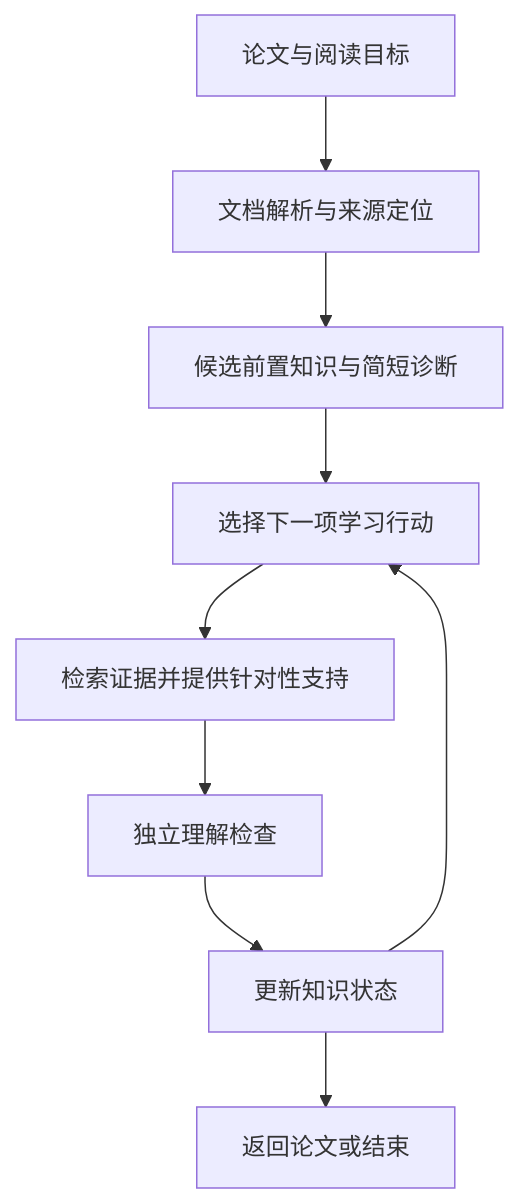
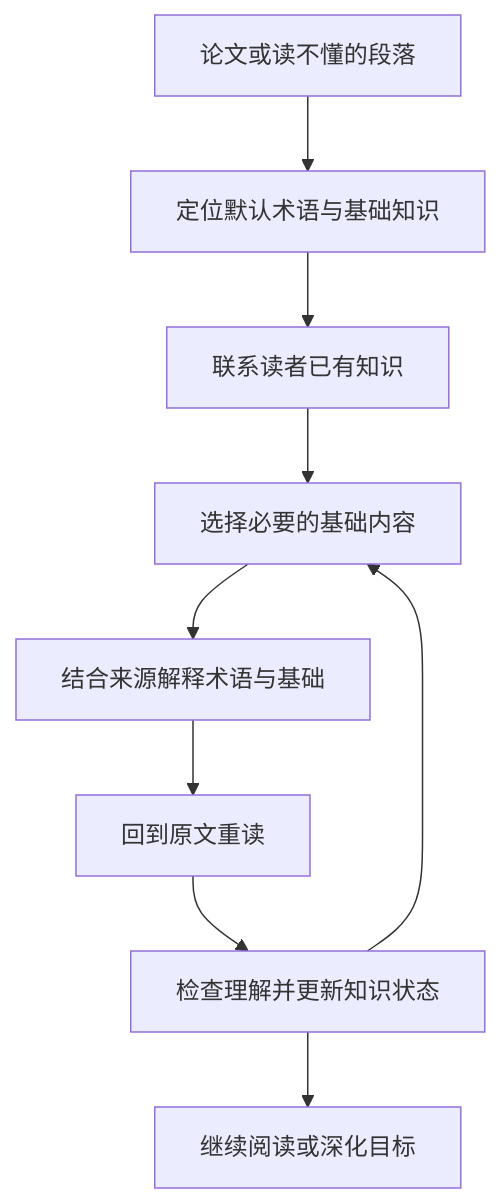
One commit to relativity143/an-agent-for-paper-reading changed the diagram in README.zh-CN.md. Above: the diagram before and after it, drawn with Mermaid. The commit also changed other lines of this file and 1 other file, not shown here.

````diff
--- a/README.zh-CN.md
+++ b/README.zh-CN.md
@@ -39,11 +52,11 @@
 ```mermaid
 flowchart TD
-    A[论文与阅读目标] --> B[文档解析与来源定位]
-    B --> C[候选前置知识与简短诊断]
-    C --> D[选择下一项学习行动]
-    D --> E[检索证据并提供针对性支持]
-    E --> F[独立理解检查]
-    F --> G[更新知识状态]
+    A[论文或读不懂的段落] --> B[定位默认术语与基础知识]
+    B --> C[联系读者已有知识]
+    C --> D[选择必要的基础内容]
+    D --> E[结合来源解释术语与基础]
+    E --> F[回到原文重读]
+    F --> G[检查理解并更新知识状态]
     G --> D
-    G --> H[返回论文或结束]
+    G --> H[继续阅读或深化目标]
 ```
````
